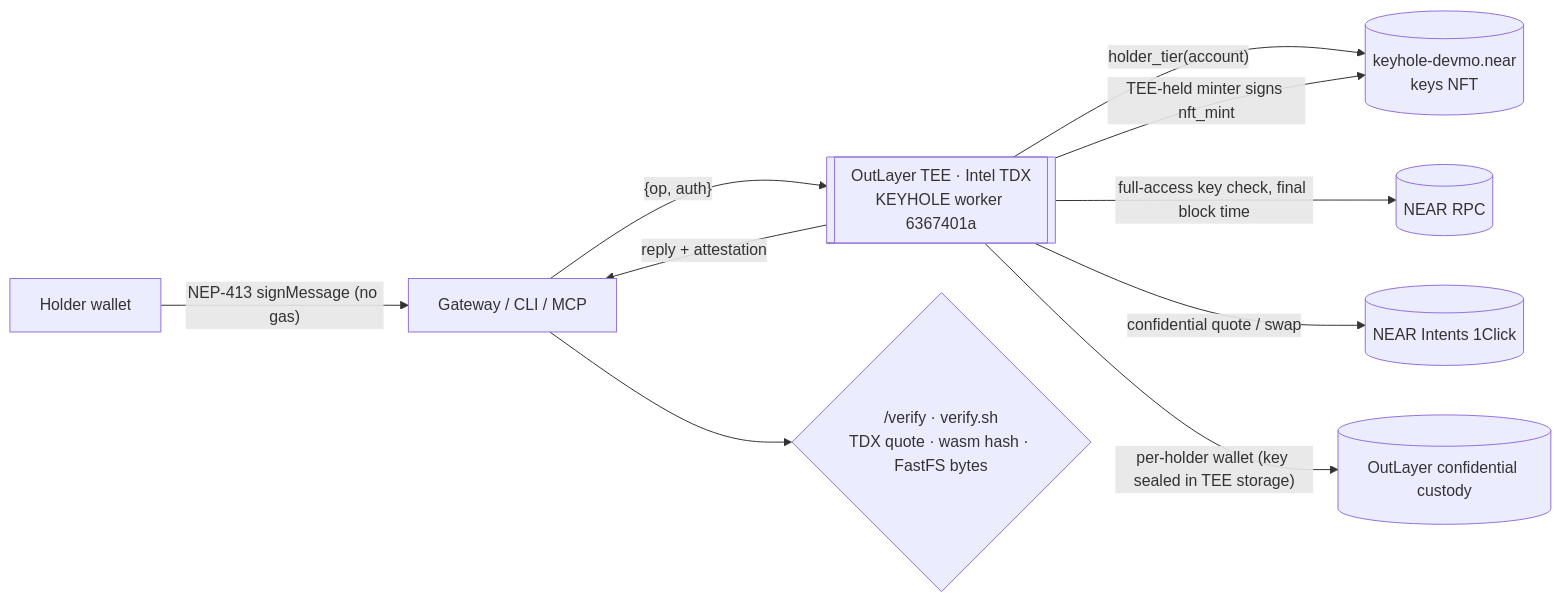
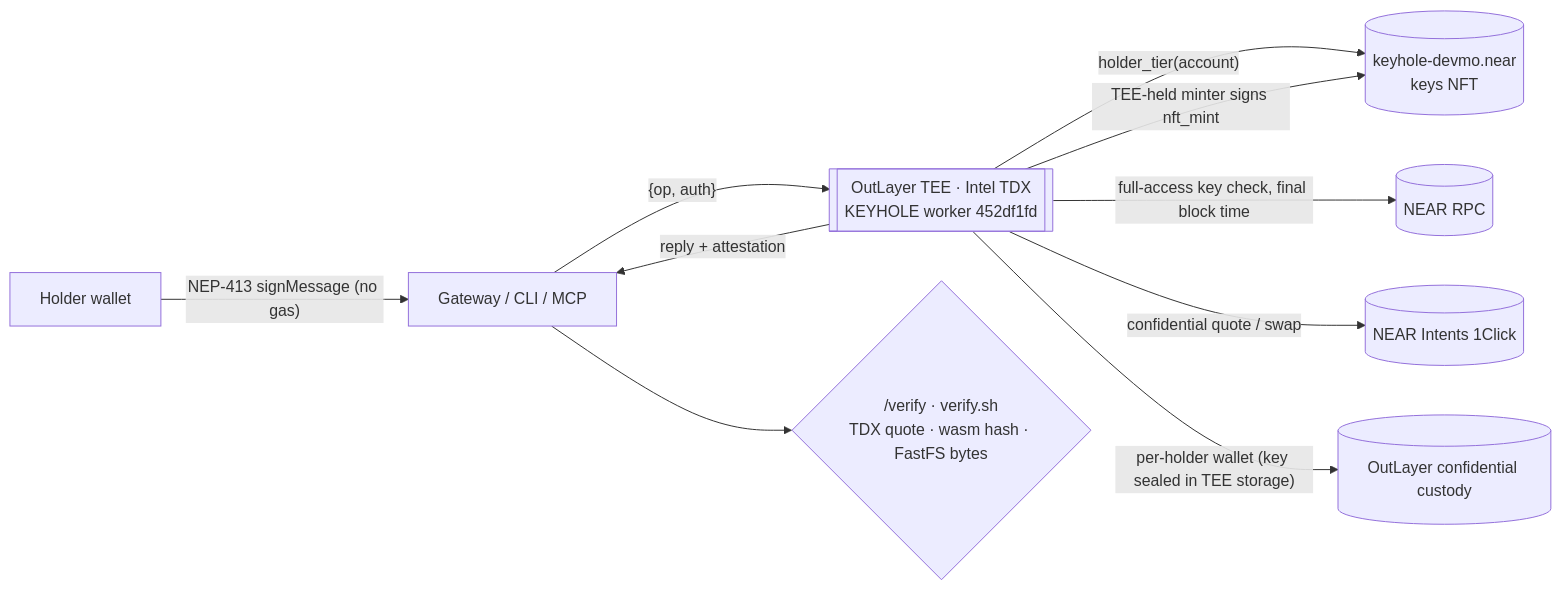
Before and after one commit to mohamedwael201193/keyhole: the first of 2 diagrams in README.md, drawn with Mermaid. The commit also changed other lines of this file and 16 other files, not shown here.

````diff
--- a/README.md
+++ b/README.md
@@ -176,12 +176,12 @@
 ```mermaid
 flowchart LR
   H[Holder wallet] -- "NEP-413 signMessage (no gas)" --> G[Gateway / CLI / MCP]
-  G -- "{op, auth}" --> T[[OutLayer TEE · Intel TDX<br/>KEYHOLE worker 6367401a]]
+  G -- "{op, auth}" --> T[[OutLayer TEE · Intel TDX<br/>KEYHOLE worker 452df1fd]]
   T -- "holder_tier(account)" --> C[(keyhole-devmo.near<br/>keys NFT)]
   T -- "full-access key check, final block time" --> N[(NEAR RPC)]
   T -- "confidential quote / swap" --> I[(NEAR Intents 1Click)]
   T -- "per-holder wallet (key sealed in TEE storage)" --> W[(OutLayer confidential custody)]
   T -- "TEE-held minter signs nft_mint" --> C
   T -- "reply + attestation" --> G
   G --> V{"/verify · verify.sh<br/>TDX quote · wasm hash · FastFS bytes"}
 ```
````
